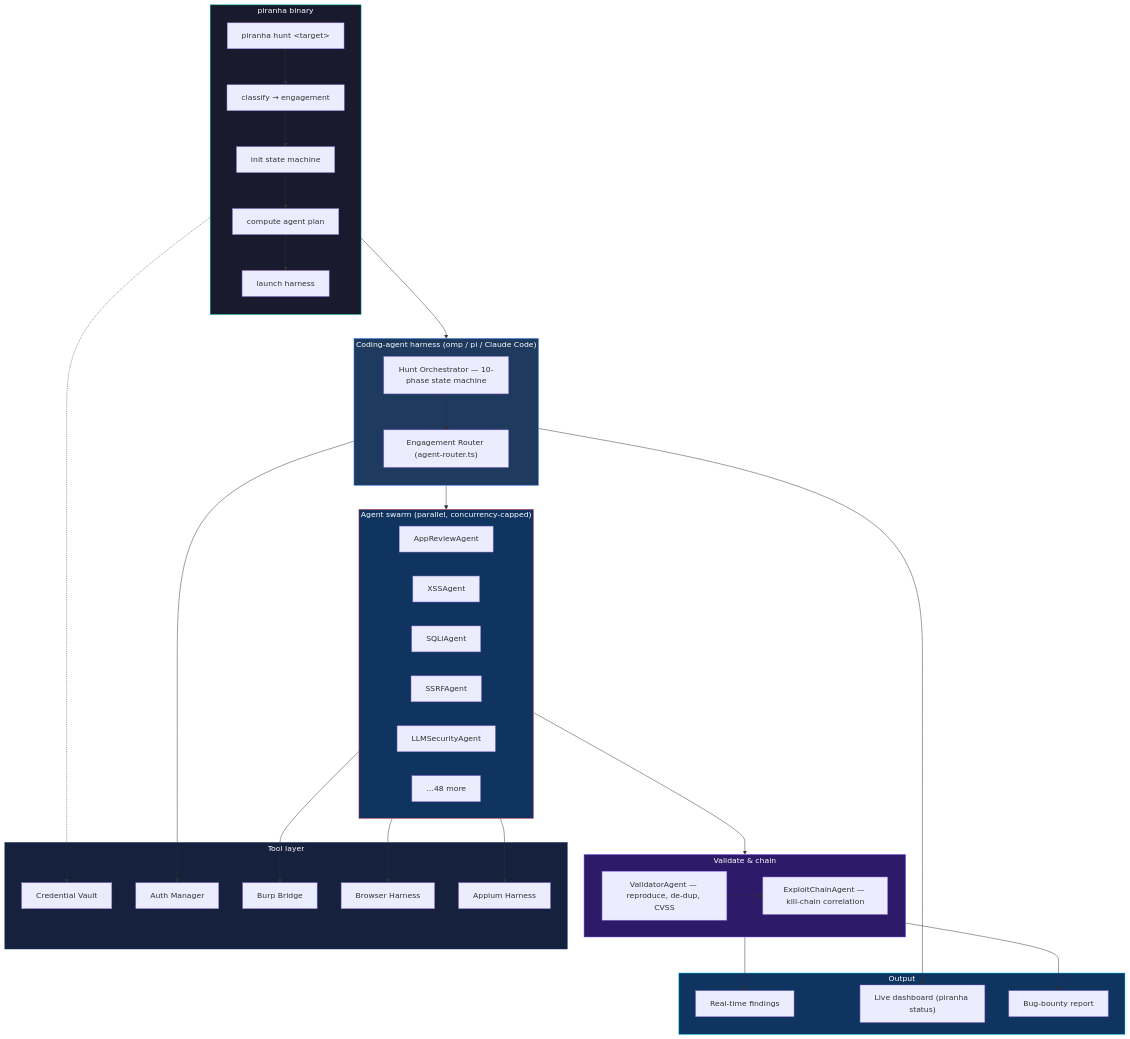
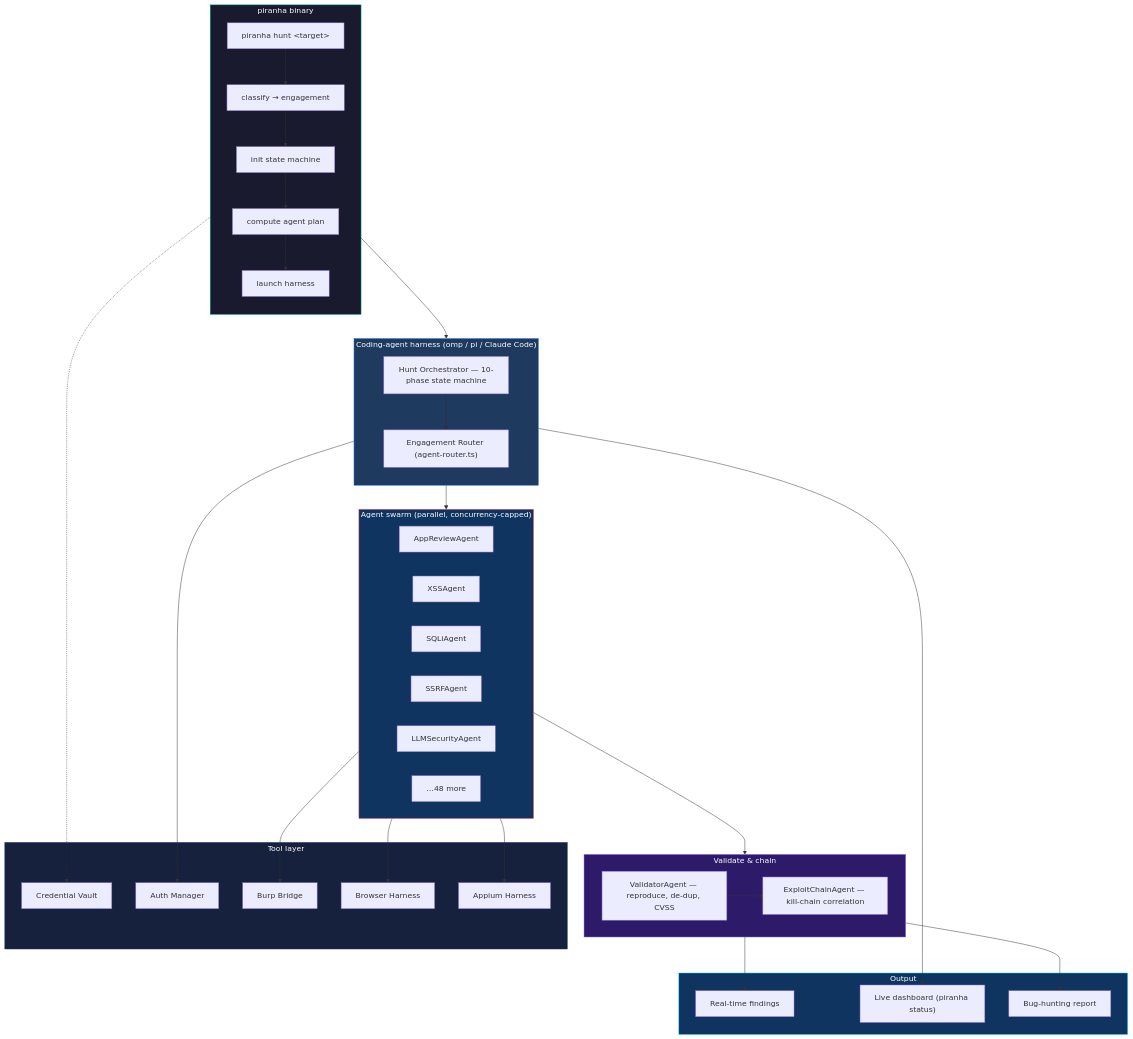
Before and after one commit to djzzlim/PiRanha: the diagram in README.md, drawn with Mermaid. The commit also changed other lines of this file and 1 other file, not shown here.

First line of the commit message:
docs: rebrand 'Bug Bounty' -> 'Bug Hunting' in README and banner SVG

````diff
--- a/README.md
+++ b/README.md
@@ -236,68 +236,68 @@
 ```mermaid
 flowchart TB
     subgraph CLI["piranha binary"]
         direction TB
         IN["piranha hunt &lt;target&gt;"]
         CLS["classify &rarr; engagement"]
         ST["init state machine"]
         PL["compute agent plan"]
         LA["launch harness"]
         IN --> CLS --> ST --> PL --> LA
     end
 
     subgraph Harness["Coding-agent harness (omp / pi / Claude Code)"]
         direction TB
         ORC["Hunt Orchestrator — 10-phase state machine"]
         RT["Engagement Router (agent-router.ts)"]
         ORC --> RT
     end
 
     subgraph Swarm["Agent swarm (parallel, concurrency-capped)"]
         direction LR
         AG1["AppReviewAgent"]
         AG2["XSSAgent"]
         AG3["SQLiAgent"]
         AG4["SSRFAgent"]
         AG5["LLMSecurityAgent"]
         AG6["…48 more"]
     end
 
     subgraph Meta["Validate & chain"]
         VAL["ValidatorAgent — reproduce, de-dup, CVSS"]
         CHN["ExploitChainAgent — kill-chain correlation"]
         VAL --> CHN
     end
 
     subgraph Tools["Tool layer"]
         V["Credential Vault"]
         AU["Auth Manager"]
         BB["Burp Bridge"]
         PW["Browser Harness"]
         AP["Appium Harness"]
     end
 
     subgraph Out["Output"]
         F["Real-time findings"]
         D["Live dashboard (piranha status)"]
-        R["Bug-bounty report"]
+        R["Bug-hunting report"]
     end
 
     LA --> ORC
     RT --> Swarm
     Swarm --> Meta
     ST -.-> V
     ORC --> AU
     Swarm --> BB
     Swarm --> PW
     Swarm --> AP
     Meta --> F
     ORC --> D
     Meta --> R
 
     style CLI fill:#1a1a2e,stroke:#00b894,color:#fff
     style Harness fill:#1e3a5f,stroke:#3b82f6,color:#fff
     style Swarm fill:#0f3460,stroke:#e94560,color:#fff
     style Meta fill:#2d1b69,stroke:#8b5cf6,color:#fff
     style Tools fill:#16213e,stroke:#0f3460,color:#fff
     style Out fill:#0f3460,stroke:#00d2ff,color:#fff
 ```
````
